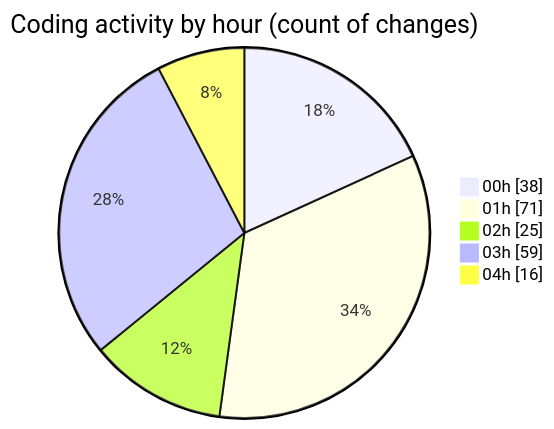
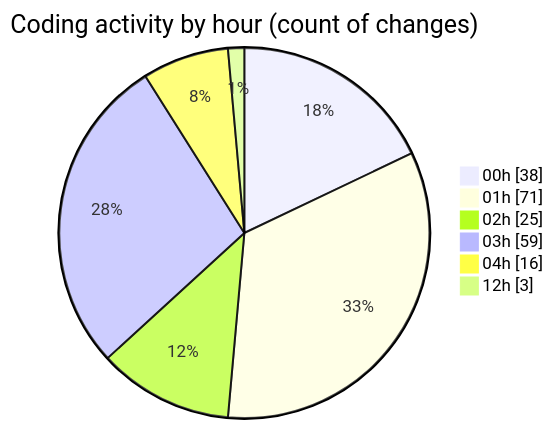
Before and after one commit to lephambinh05/code-tracking: the second of 2 diagrams in 2025-07-27/quanlyrapchieuphim-1/README.md, drawn with Mermaid. The commit also changed other lines of this file and 1 other file, not shown here.

````diff
--- a/2025-07-27/quanlyrapchieuphim-1/README.md
+++ b/2025-07-27/quanlyrapchieuphim-1/README.md
@@ -78,9 +78,10 @@
 ```mermaid
 pie showData
 title Coding activity by hour (count of changes)
 "00h" : 38
 "01h" : 71
 "02h" : 25
 "03h" : 59
 "04h" : 16
+"12h" : 3
 ```
````
